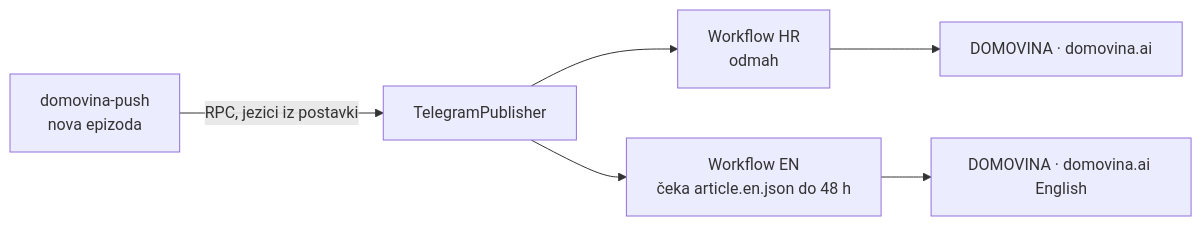
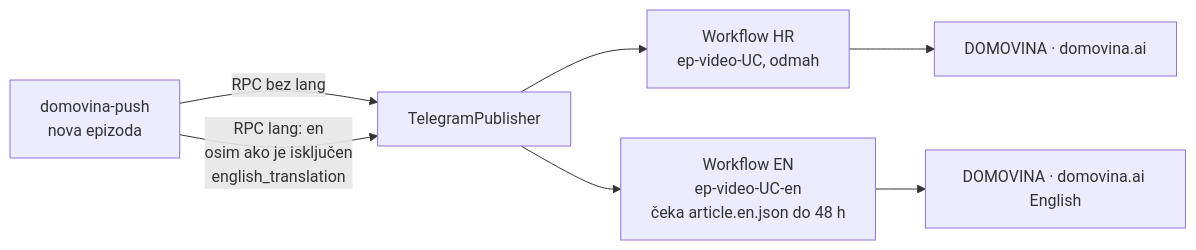
The fourth of 4 diagrams in docs/2026-11-19-poglavlja-u-komentarima-i-prvi-kanal.md (domovinatv/telegram.domovina.ai), drawn with Mermaid before and after one commit. The commit also changed other lines of this file and 10 other files, not shown here.

First line of the commit message:
feat: engleski par kanala po podcastu (?lang=en, čeka prijevod do 48 h)

````diff
--- a/docs/2026-11-19-poglavlja-u-komentarima-i-prvi-kanal.md
+++ b/docs/2026-11-19-poglavlja-u-komentarima-i-prvi-kanal.md
@@ -172,8 +180,9 @@
 ```mermaid
 flowchart LR
-  P["domovina-push<br/>nova epizoda"] -->|"RPC, jezici iz postavki"| T["TelegramPublisher"]
-  T --> HR["Workflow HR<br/>odmah"]
-  T --> EN["Workflow EN<br/>čeka article.en.json do 48 h"]
+  P["domovina-push<br/>nova epizoda"] -->|"RPC bez lang"| T["TelegramPublisher"]
+  P -->|"RPC lang: en<br/>osim ako je isključen<br/>english_translation"| T
+  T --> HR["Workflow HR<br/>ep-video-UC, odmah"]
+  T --> EN["Workflow EN<br/>ep-video-UC-en<br/>čeka article.en.json do 48 h"]
   HR --> K1["DOMOVINA · domovina.ai"]
   EN --> K2["DOMOVINA · domovina.ai English"]
 ```
````
